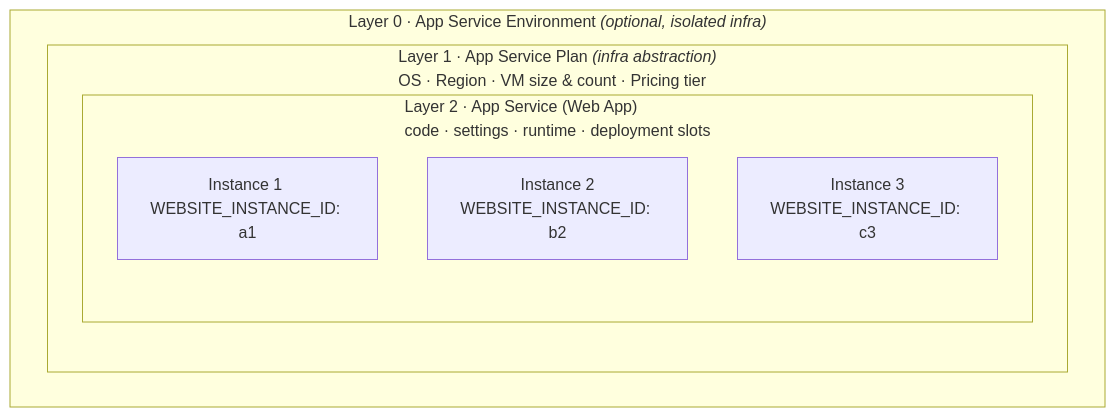
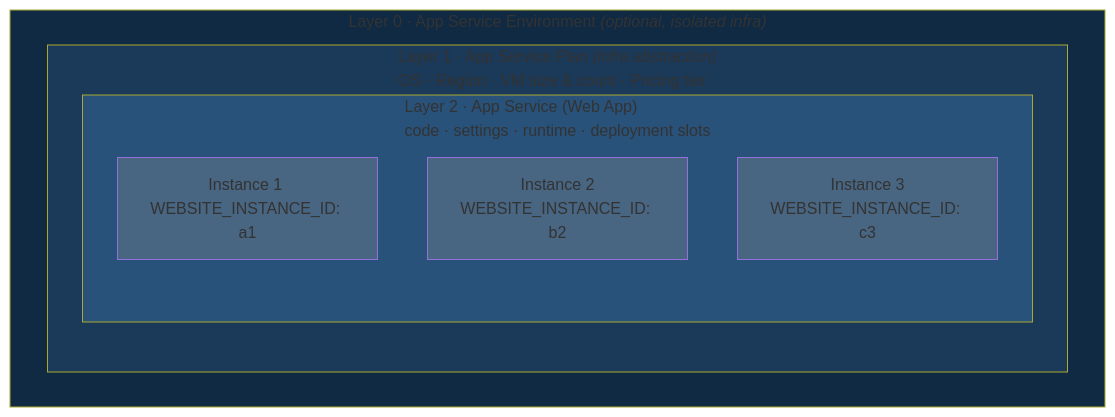
Before and after one commit to cheempz/test: the diagram in README.md, drawn with Mermaid.

Commit message:
update
Added a flowchart diagram to illustrate the App Service architecture.

````diff
--- a/README.md
+++ b/README.md
@@ -1,12 +1,20 @@
 ```mermaid
 flowchart TB
     subgraph ASE["Layer 0 · App Service Environment <i>(optional, isolated infra)</i>"]
+    style ASE fill: #102a43
         subgraph PLAN["Layer 1 · App Service Plan <i>(infra abstraction)</i><br/>OS · Region · VM size &amp; count · Pricing tier"]
+            style PLAN fill:#1b3958
             subgraph APP["Layer 2 · App Service (Web App)<br/>code · settings · runtime · deployment slots"]
+                style APP fill:#29527a
                 I1["`Instance 1 WEBSITE_INSTANCE_ID: a1`"]
                 I2["`Instance 2<br/>WEBSITE_INSTANCE_ID: b2`"]
                 I3["`Instance 3<br/>WEBSITE_INSTANCE_ID: c3`"]
             end
         end
     end
+
+classDef instStyle fill:#486581
+class I1 instStyle
+class I2 instStyle
+class I3 instStyle
 ```
````
